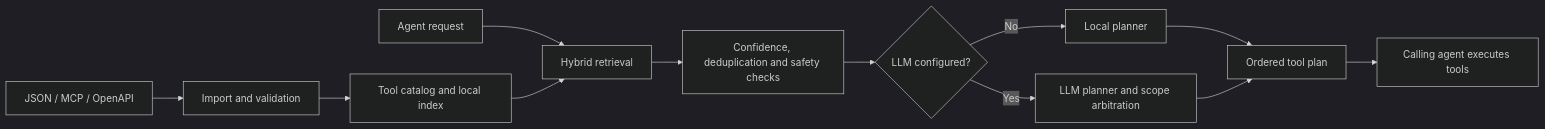
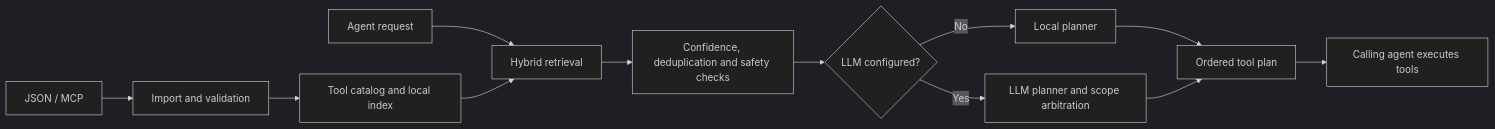
One commit to akshraj-05/tool-router changed the diagram in README.md. Above: the diagram before and after it, drawn with Mermaid (dark theme). The commit also changed other lines of this file and 8 other files, not shown here.

Commit message:
remove open api import

````diff
--- a/README.md
+++ b/README.md
@@ -47,14 +47,14 @@
 ```mermaid
 flowchart LR
-  A[JSON / MCP / OpenAPI] --> B[Import and validation]
+  A[JSON / MCP] --> B[Import and validation]
   B --> C[Tool catalog and local index]
   Q[Agent request] --> D[Hybrid retrieval]
   C --> D
   D --> E[Confidence, deduplication and safety checks]
   E --> F{LLM configured?}
   F -->|No| G[Local planner]
   F -->|Yes| H[LLM planner and scope arbitration]
   G --> I[Ordered tool plan]
   H --> I
   I --> J[Calling agent executes tools]
 ```
````
